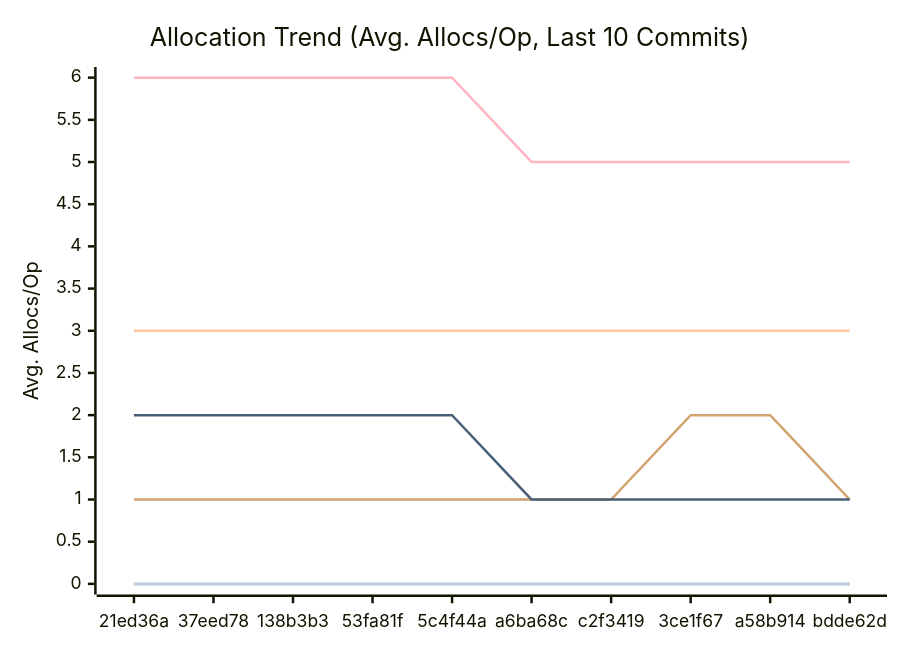
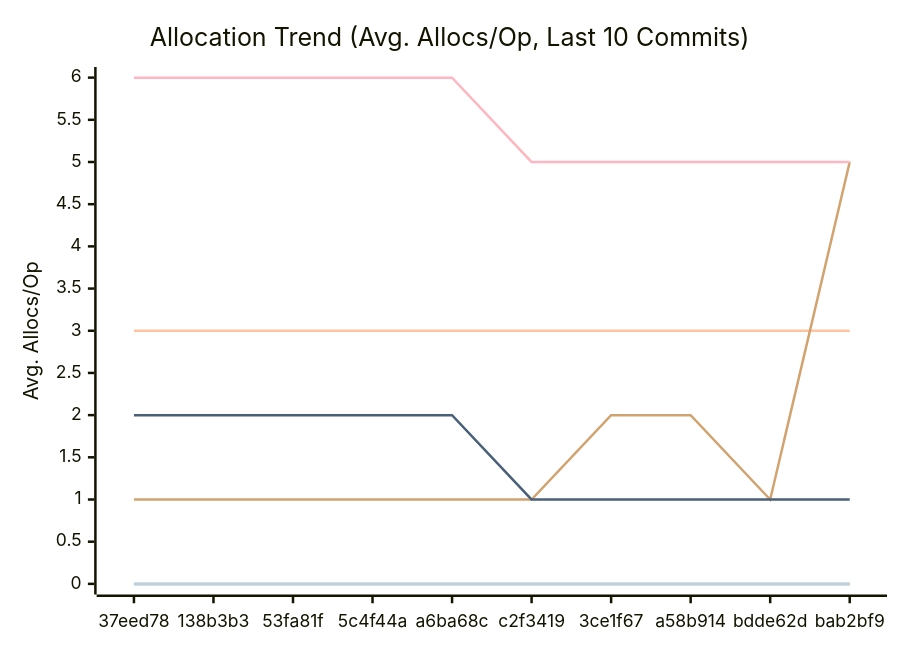
The third of 3 diagrams in docs/PERFORMANCE.md (alsotoes/momo), drawn with Mermaid before and after one commit. The commit also changed other lines of this file and 2 other files, not shown here.

````diff
--- a/docs/PERFORMANCE.md
+++ b/docs/PERFORMANCE.md
@@ -116,16 +116,16 @@
 ```mermaid
 xychart-beta
     title "Allocation Trend (Avg. Allocs/Op, Last 10 Commits)"
     x-axis "Commit"
     y-axis "Avg. Allocs/Op"
-    x-axis [21ed36a,37eed78,138b3b3,53fa81f,5c4f44a,a6ba68c,c2f3419,3ce1f67,a58b914,bdde62d]
+    x-axis [37eed78,138b3b3,53fa81f,5c4f44a,a6ba68c,c2f3419,3ce1f67,a58b914,bdde62d,bab2bf9]
     line "CheckMetricsAndSwap" [0,0,0,0,0,0,0,0,0,0]
     line "CrushOptimized" [0,0,0,0,0,0,0,0,0,0]
     line "CrushOriginal" [3,3,3,3,3,3,3,3,3,3]
     line "IndexDirectTracking" [0,0,0,0,0,0,0,0,0,0]
     line "IndexSearch" [0,0,0,0,0,0,0,0,0,0]
-    line "LoadGlobalConfig" [1,1,1,1,1,1,1,2,2,1]
+    line "LoadGlobalConfig" [1,1,1,1,1,1,2,2,1,5]
     line "PadString" [0,0,0,0,0,0,0,0,0,0]
     line "ParseReplicationOrder_NoPrealloc" [6,6,6,6,6,5,5,5,5,5]
     line "ParseReplicationOrder_Prealloc" [2,2,2,2,2,1,1,1,1,1]
 ```
````
